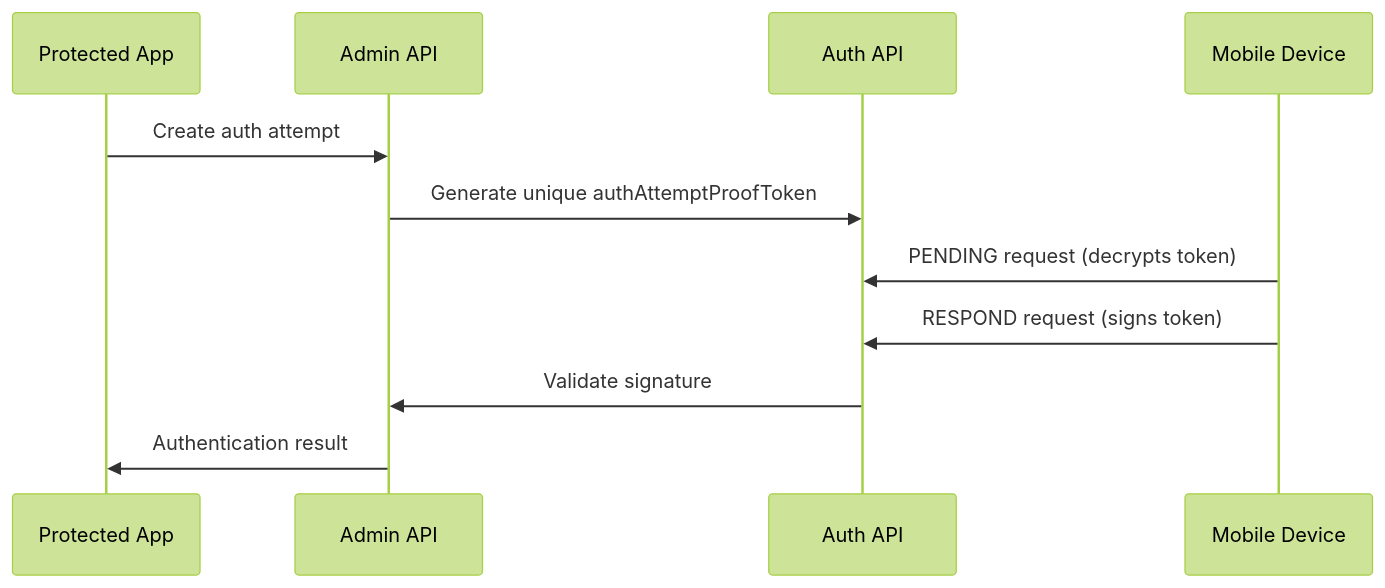
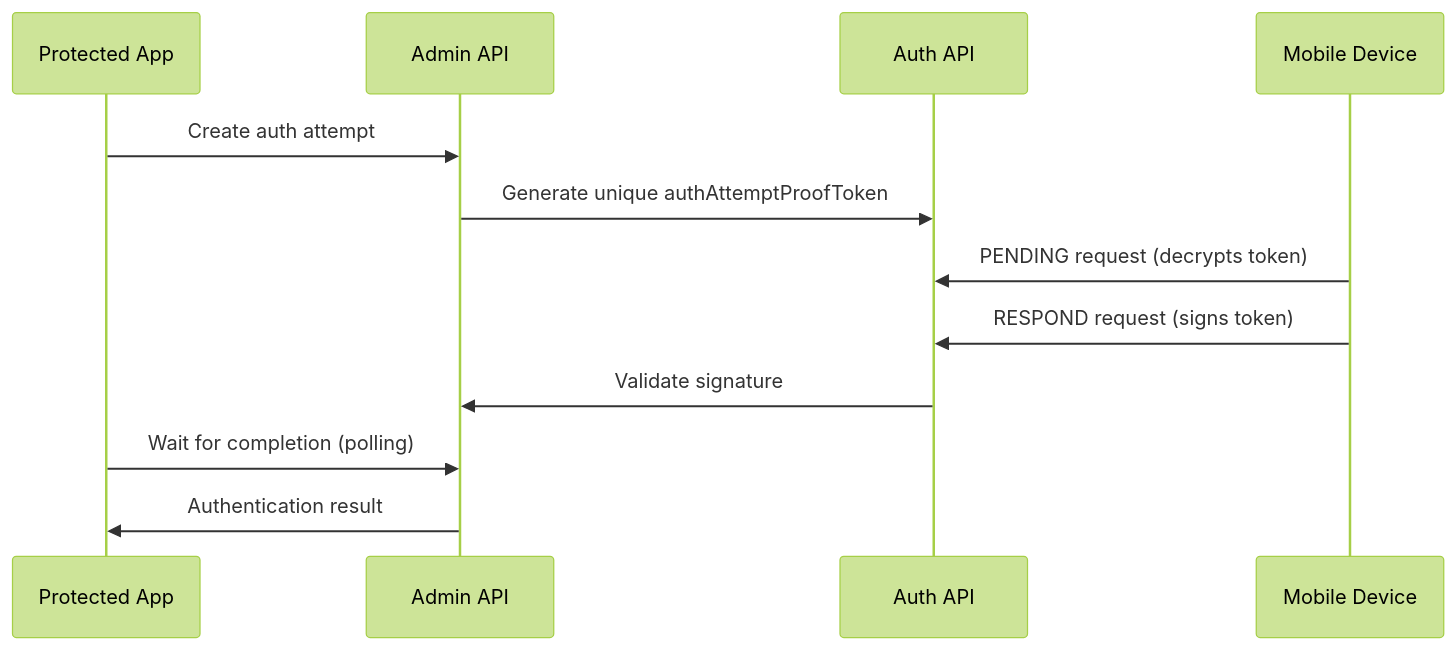
Before and after one commit to mgagp/ezkey: the second of 11 diagrams in README.md, drawn with Mermaid (forest theme). The commit also changed other lines of this file, not shown here.

First line of the commit message:
docs: update README to reflect changes in Ezkey's features and Wait API

````diff
--- a/README.md
+++ b/README.md
@@ -77,14 +81,15 @@
 ```mermaid
 sequenceDiagram
     participant App as Protected App
     participant Admin as Admin API
     participant Auth as Auth API
     participant Device as Mobile Device
     
     App->>Admin: Create auth attempt
     Admin->>Auth: Generate unique authAttemptProofToken
     Device->>Auth: PENDING request (decrypts token)
     Device->>Auth: RESPOND request (signs token)
     Auth->>Admin: Validate signature
+    App->>Admin: Wait for completion (polling)
     Admin->>App: Authentication result
 ```
````
